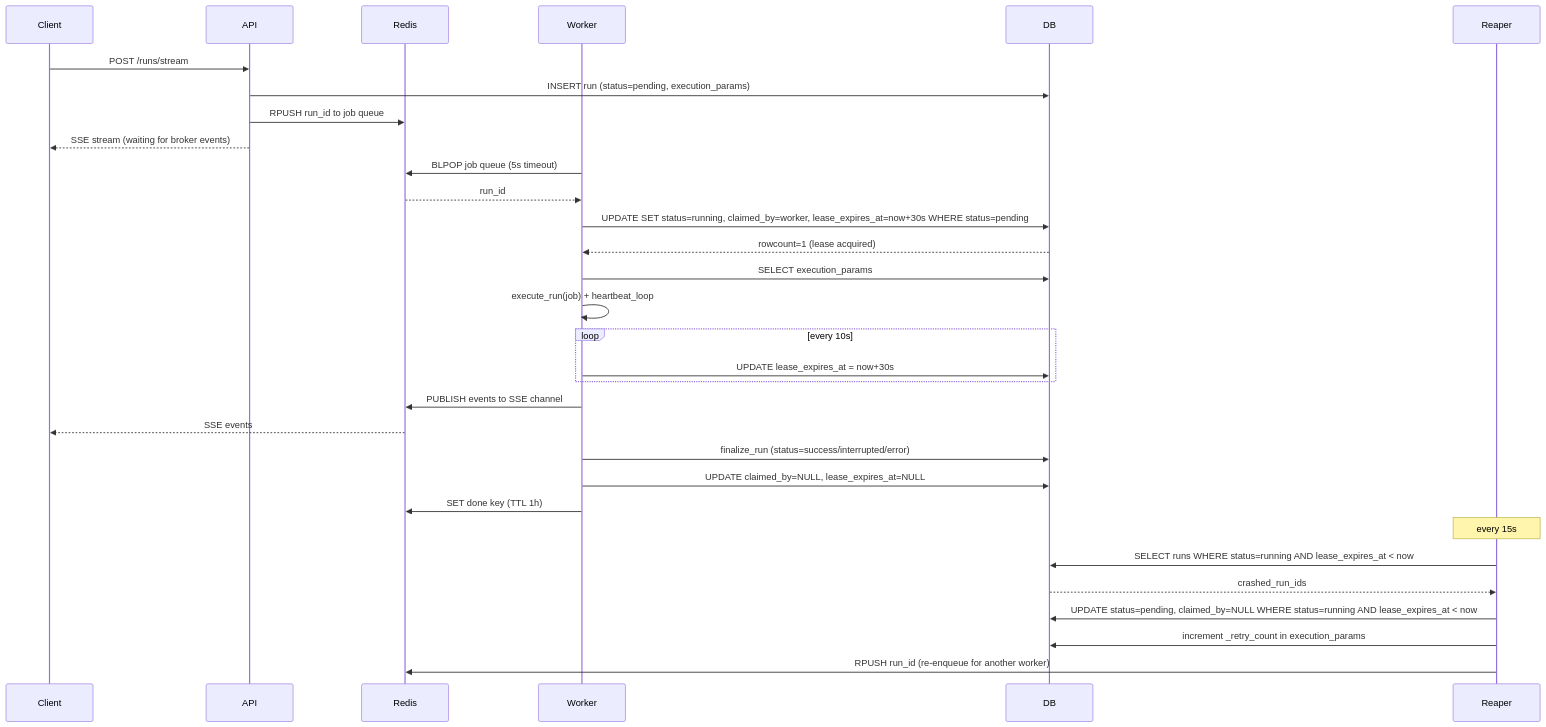
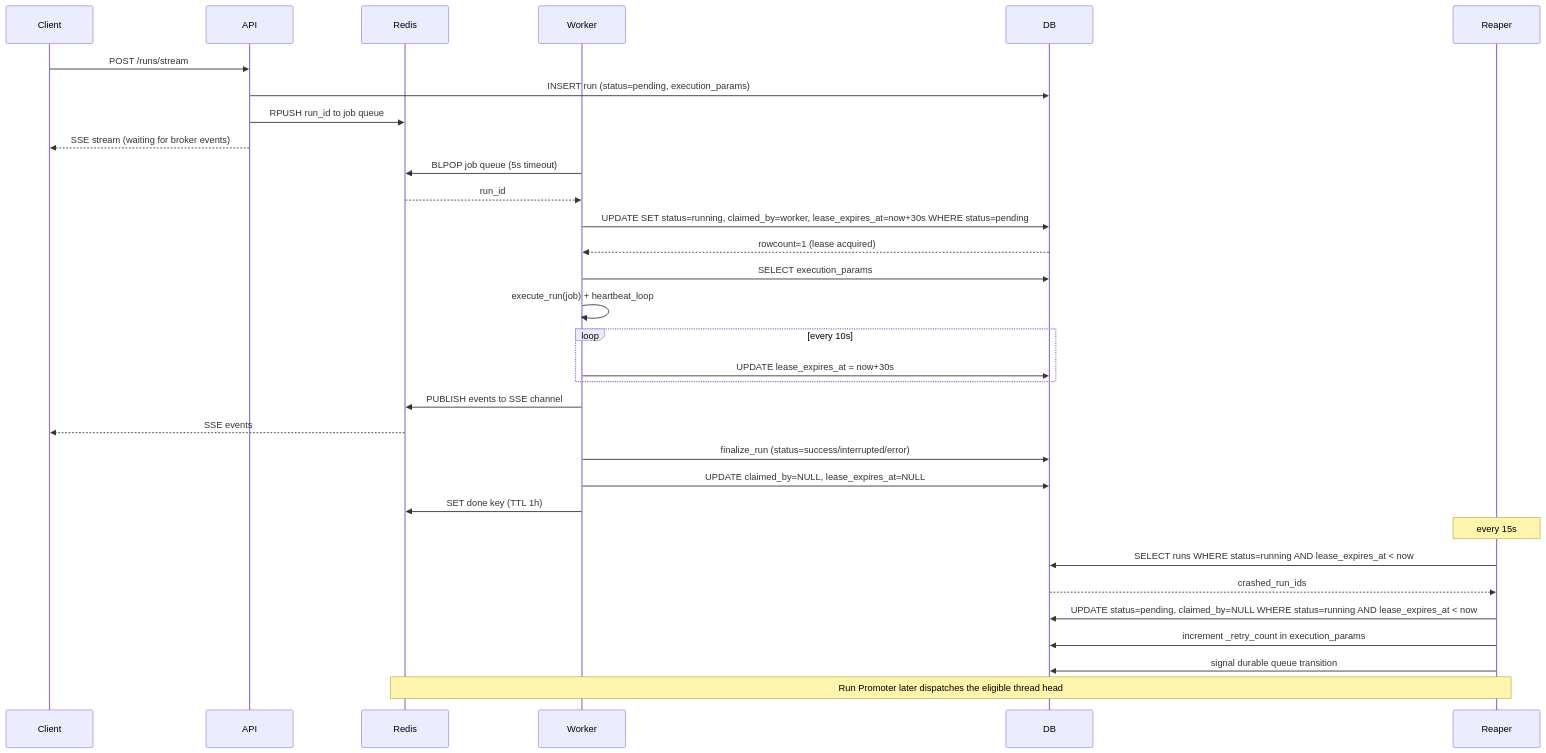
The fourth of 6 diagrams in docs/guides/worker-architecture.mdx (Z360BIZ-LLC/aegra), drawn with Mermaid before and after one commit. The commit also changed other lines of this file and 6 other files, not shown here.

````diff
--- a/docs/guides/worker-architecture.mdx
+++ b/docs/guides/worker-architecture.mdx
@@ -150,36 +195,37 @@
 ```mermaid
 sequenceDiagram
     participant Client
     participant API
     participant Redis
     participant Worker
     participant DB
     participant Reaper
 
     Client->>API: POST /runs/stream
     API->>DB: INSERT run (status=pending, execution_params)
     API->>Redis: RPUSH run_id to job queue
     API-->>Client: SSE stream (waiting for broker events)
 
     Worker->>Redis: BLPOP job queue (5s timeout)
     Redis-->>Worker: run_id
     Worker->>DB: UPDATE SET status=running, claimed_by=worker, lease_expires_at=now+30s WHERE status=pending
     DB-->>Worker: rowcount=1 (lease acquired)
     Worker->>DB: SELECT execution_params
     Worker->>Worker: execute_run(job) + heartbeat_loop
     loop every 10s
         Worker->>DB: UPDATE lease_expires_at = now+30s
     end
     Worker->>Redis: PUBLISH events to SSE channel
     Redis-->>Client: SSE events
     Worker->>DB: finalize_run (status=success/interrupted/error)
     Worker->>DB: UPDATE claimed_by=NULL, lease_expires_at=NULL
     Worker->>Redis: SET done key (TTL 1h)
 
     Note over Reaper: every 15s
     Reaper->>DB: SELECT runs WHERE status=running AND lease_expires_at < now
     DB-->>Reaper: crashed_run_ids
     Reaper->>DB: UPDATE status=pending, claimed_by=NULL WHERE status=running AND lease_expires_at < now
     Reaper->>DB: increment _retry_count in execution_params
-    Reaper->>Redis: RPUSH run_id (re-enqueue for another worker)
+    Reaper->>DB: signal durable queue transition
+    Note over Reaper,Redis: Run Promoter later dispatches the eligible thread head
 ```
````
